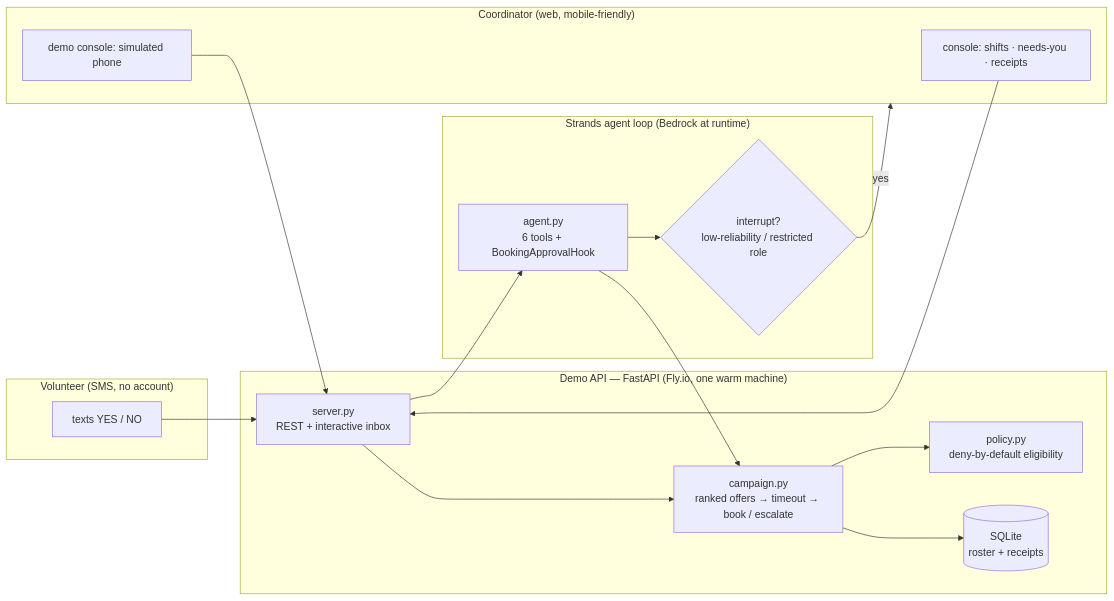
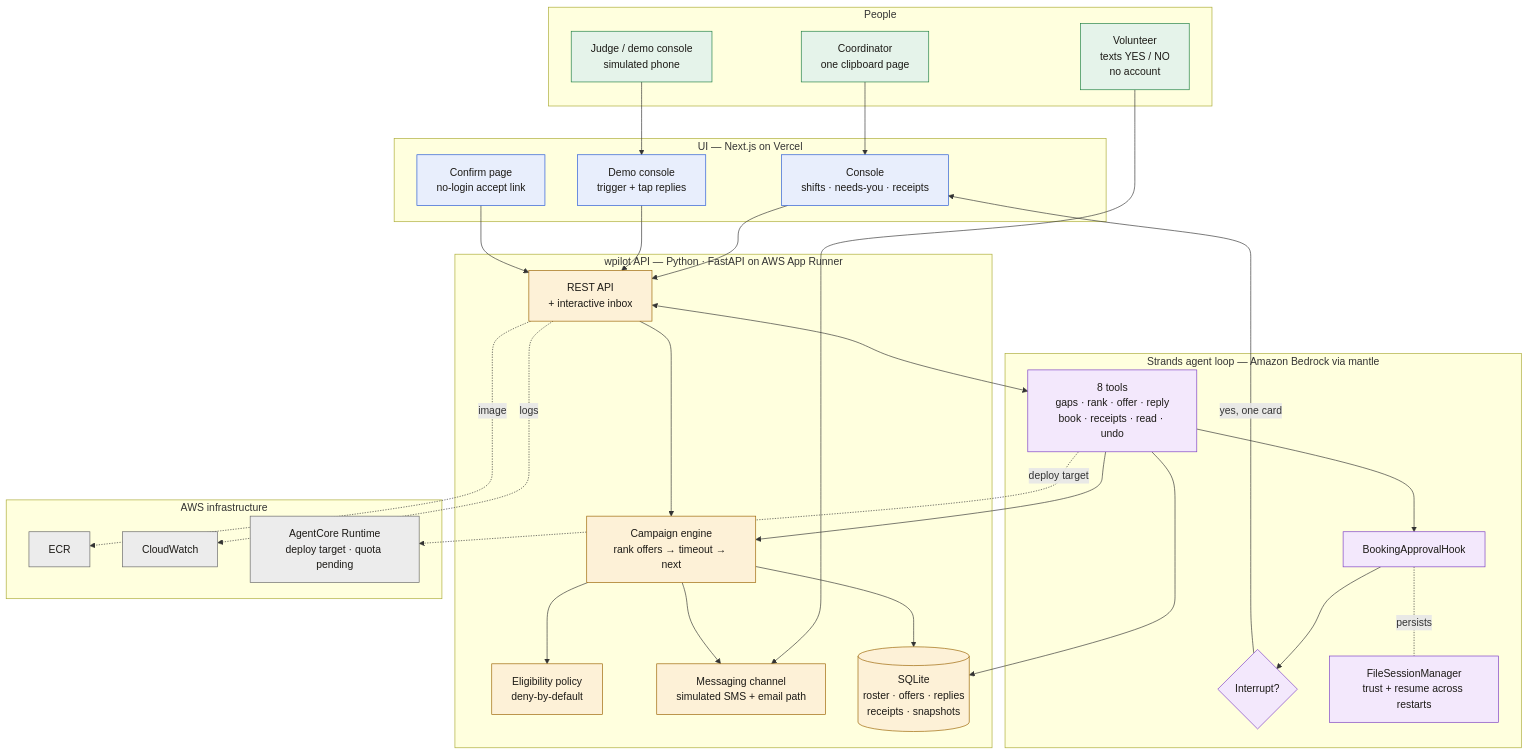
The diagram in docs/ARCHITECTURE.md (PhiBao/wpilot), drawn with Mermaid before and after one commit. The commit also changed other lines of this file and 2 other files, not shown here.

Commit message:
docs: richer architecture diagram, drop references to purged docs

````diff
--- a/docs/ARCHITECTURE.md
+++ b/docs/ARCHITECTURE.md
@@ -3,30 +3,68 @@
 ```mermaid
-flowchart LR
-    subgraph volunteer ["Volunteer (SMS, no account)"]
-        SMS["texts YES / NO"]
-    end
-    subgraph coord ["Coordinator (web, mobile-friendly)"]
-        UI["console: shifts · needs-you · receipts"]
-        DEMO["demo console: simulated phone"]
-    end
-    subgraph api ["Demo API — FastAPI (Fly.io, one warm machine)"]
-        S["server.py\nREST + interactive inbox"]
-        E["campaign.py\nranked offers → timeout → book / escalate"]
-        P["policy.py\ndeny-by-default eligibility"]
-        DB[("SQLite\nroster + receipts")]
-    end
-    subgraph agent ["Strands agent loop (Bedrock at runtime)"]
-        A["agent.py\n6 tools + BookingApprovalHook"]
-        INT{"interrupt?\nlow-reliability / restricted role"}
-    end
+flowchart TB
+  subgraph people["People"]
+    V["Volunteer<br/>texts YES / NO<br/>no account"]
+    C["Coordinator<br/>one clipboard page"]
+    J["Judge / demo console<br/>simulated phone"]
+  end
 
-    SMS --> S
-    UI --> S
-    DEMO --> S
-    S --> E --> P
-    E --> DB
-    S --> A
-    A --> E
-    A --> INT
-    INT -->|yes| coord
+  subgraph ui["UI — Next.js on Vercel"]
+    CONSOLE["Console<br/>shifts · needs-you · receipts"]
+    DEMO["Demo console<br/>trigger + tap replies"]
+    CONFIRM["Confirm page<br/>no-login accept link"]
+  end
+
+  subgraph service["wpilot API — Python · FastAPI on AWS App Runner"]
+    SRV["REST API<br/>+ interactive inbox"]
+    ENG["Campaign engine<br/>rank offers → timeout → next"]
+    POL["Eligibility policy<br/>deny-by-default"]
+    MSG["Messaging channel<br/>simulated SMS + email path"]
+    DB[("SQLite<br/>roster · offers · replies<br/>receipts · snapshots")]
+  end
+
+  subgraph agent["Strands agent loop — Amazon Bedrock via mantle"]
+    TOOLS["8 tools<br/>gaps · rank · offer · reply<br/>book · receipts · read · undo"]
+    HOOK["BookingApprovalHook"]
+    INT{"Interrupt?"}
+    SESS["FileSessionManager<br/>trust + resume across restarts"]
+  end
+
+  subgraph infra["AWS infrastructure"]
+    ECR["ECR"]
+    CWL["CloudWatch"]
+    AC["AgentCore Runtime<br/>deploy target · quota pending"]
+  end
+
+  V --> MSG
+  C --> CONSOLE
+  J --> DEMO
+  CONSOLE --> SRV
+  DEMO --> SRV
+  CONFIRM --> SRV
+  SRV --> ENG
+  ENG --> POL
+  ENG --> MSG
+  SRV <--> TOOLS
+  TOOLS --> ENG
+  TOOLS --> HOOK
+  HOOK --> INT
+  INT -->|yes, one card| CONSOLE
+  HOOK -. persists .- SESS
+  ENG --> DB
+  TOOLS --> DB
+  SRV -. image .-> ECR
+  SRV -. logs .-> CWL
+  TOOLS -. deploy target .-> AC
+
+  classDef person fill:#e5f3ea,stroke:#1e7f43,color:#1c1a16
+  classDef ui fill:#e8eefc,stroke:#2456d6,color:#1c1a16
+  classDef api fill:#fdf1d7,stroke:#9a6200,color:#1c1a16
+  classDef agentc fill:#f3e8fc,stroke:#7a3cc4,color:#1c1a16
+  classDef infrac fill:#ececec,stroke:#666,color:#1c1a16
+
+  class V,C,J person
+  class CONSOLE,DEMO,CONFIRM ui
+  class SRV,ENG,POL,MSG,DB api
+  class TOOLS,HOOK,INT,SESS agentc
+  class ECR,CWL,AC infrac
 ```
````
